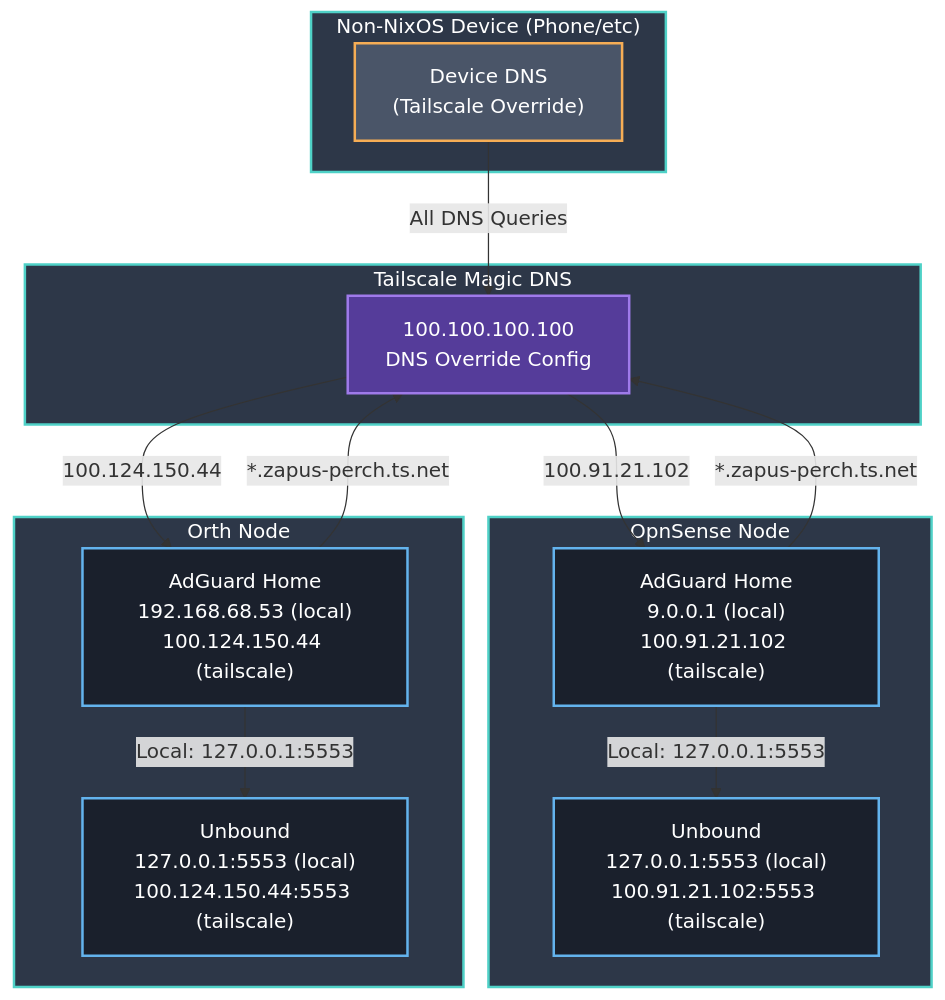
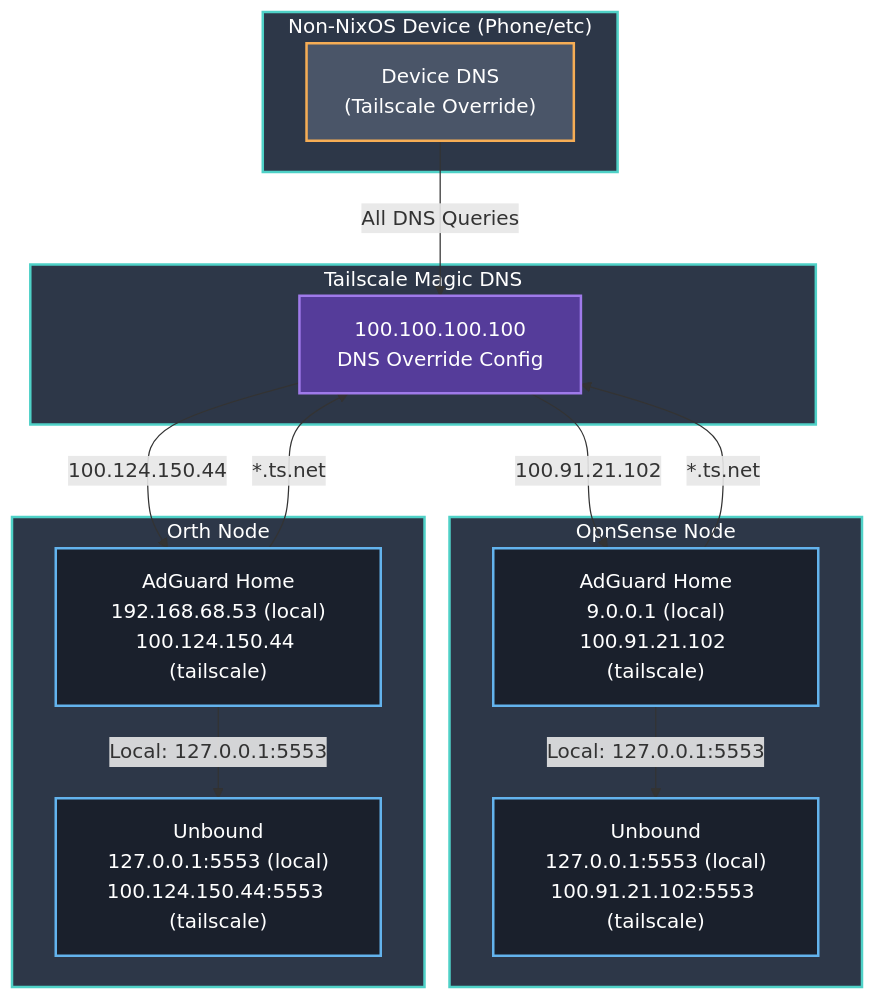
The third of 3 diagrams in profiles/networking/dns/README.md (atropos112/nixos), drawn with Mermaid before and after one commit. The commit also changed other lines of this file and 4 other files, not shown here.

````diff
--- a/profiles/networking/dns/README.md
+++ b/profiles/networking/dns/README.md
@@ -106,46 +118,46 @@
 ```mermaid
 graph TB
     subgraph Device["Non-NixOS Device (Phone/etc)"]
         ClientDNS["Device DNS<br/>(Tailscale Override)"]
     end
 
     subgraph TailscaleDNS["Tailscale Magic DNS"]
         MagicDNS["100.100.100.100<br/>DNS Override Config"]
     end
 
     subgraph OpnSense["OpnSense Node"]
         AGH1["AdGuard Home<br/>9.0.0.1 (local)<br/>100.91.21.102 (tailscale)"]
         UB1["Unbound<br/>127.0.0.1:5553 (local)<br/>100.91.21.102:5553 (tailscale)"]
     end
 
     subgraph Orth["Orth Node"]
         AGH2["AdGuard Home<br/>192.168.68.53 (local)<br/>100.124.150.44 (tailscale)"]
         UB2["Unbound<br/>127.0.0.1:5553 (local)<br/>100.124.150.44:5553 (tailscale)"]
     end
 
     %% Device to Tailscale Magic DNS
     ClientDNS -->|"All DNS Queries"| MagicDNS
 
     %% Tailscale Magic DNS to AdGuard instances (Tailscale IPs only)
     MagicDNS -->|"100.91.21.102"| AGH1
     MagicDNS -->|"100.124.150.44"| AGH2
 
     %% OpnSense AdGuard Home to Unbound connections
     AGH1 -->|"Local: 127.0.0.1:5553"| UB1
-    AGH1 -->|"*.zapus-perch.ts.net"| MagicDNS
+    AGH1 -->|"*.ts.net"| MagicDNS
 
     %% Orth AdGuard Home to Unbound connections
     AGH2 -->|"Local: 127.0.0.1:5553"| UB2
-    AGH2 -->|"*.zapus-perch.ts.net"| MagicDNS
+    AGH2 -->|"*.ts.net"| MagicDNS
 
     %% Styling
     classDef nodeBox fill:#2d3748,stroke:#4fd1c7,stroke-width:2px,color:#ffffff
     classDef serviceBox fill:#1a202c,stroke:#63b3ed,stroke-width:2px,color:#ffffff
     classDef clientDevice fill:#4a5568,stroke:#f6ad55,stroke-width:2px,color:#ffffff
     classDef magicDNS fill:#553c9a,stroke:#9f7aea,stroke-width:2px,color:#ffffff
 
     class Device,OpnSense,Orth,TailscaleDNS nodeBox
     class AGH1,AGH2,UB1,UB2 serviceBox
     class ClientDNS clientDevice
     class MagicDNS magicDNS
 ```
````
